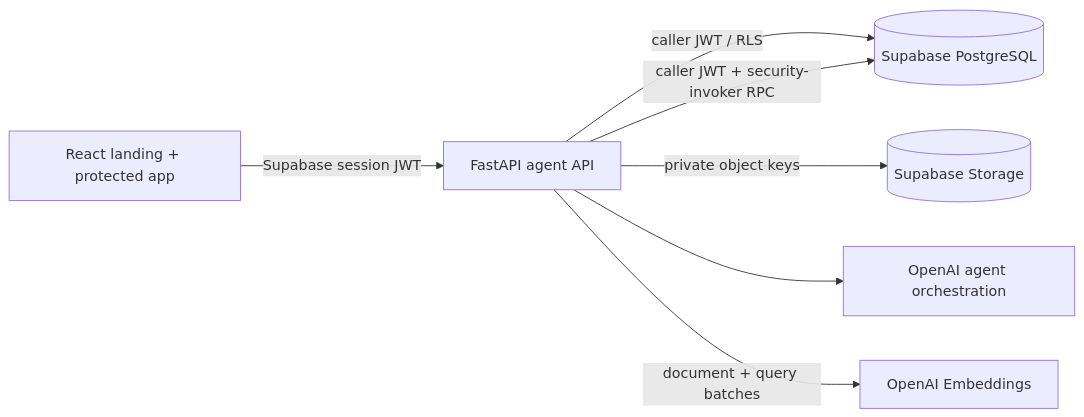
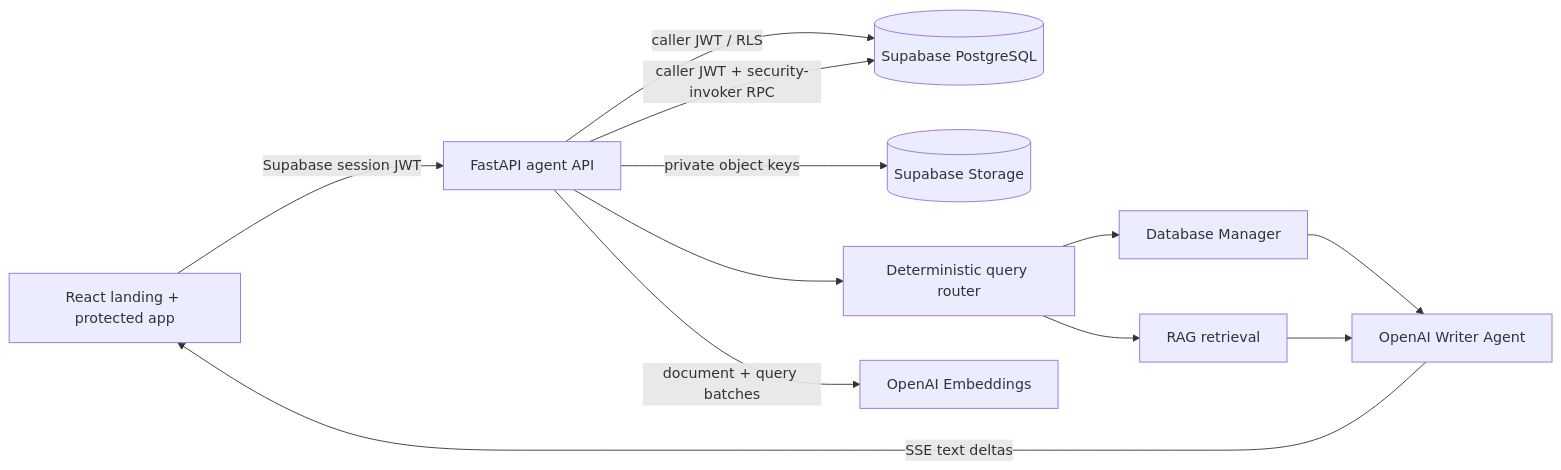
One commit to bushra-khan9604/ProSightAI changed the diagram in docs/architecture.md. Above: the diagram before and after it, drawn with Mermaid. The commit also changed other lines of this file and 13 other files, not shown here.

````diff
--- a/docs/architecture.md
+++ b/docs/architecture.md
@@ -5,9 +5,14 @@
 ```mermaid
 flowchart LR
   U["React landing + protected app"] -->|"Supabase session JWT"| A["FastAPI agent API"]
   A -->|"caller JWT / RLS"| P[("Supabase PostgreSQL")]
   A -->|"private object keys"| S[("Supabase Storage")]
-  A --> O["OpenAI agent orchestration"]
+  A --> O["Deterministic query router"]
+  O --> D["Database Manager"]
+  O --> R["RAG retrieval"]
+  D --> W["OpenAI Writer Agent"]
+  R --> W
+  W -->|"SSE text deltas"| U
   A -->|"document + query batches"| E["OpenAI Embeddings"]
   A -->|"caller JWT + security-invoker RPC"| P
 ```
````
